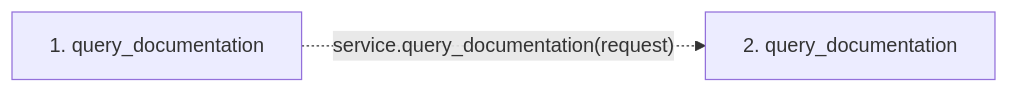
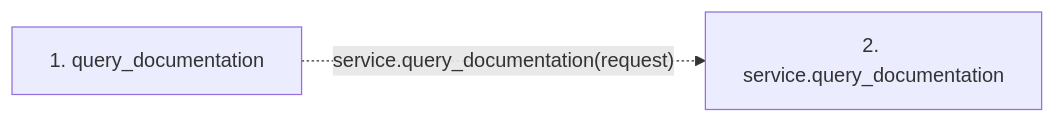
One commit to Denissvgn/python-wiki-llm changed the second of 2 diagrams in docs/llm_wiki/flows/mcp-query_documentation.md. Above: the diagram before and after it, drawn with Mermaid. The commit also changed other lines of this file and 719 other files, not shown here.

````diff
--- a/docs/llm_wiki/flows/mcp-query_documentation.md
+++ b/docs/llm_wiki/flows/mcp-query_documentation.md
@@ -19,7 +20,7 @@
 ```mermaid
 flowchart LR
     s1["1. query_documentation"]
-    s2["2. query_documentation"]
+    s2["2. service.query_documentation"]
     s1 -. "service.query_documentation(request)" .-> s2
     click s1 "../modules/mcp_server.md"
 ```
````
